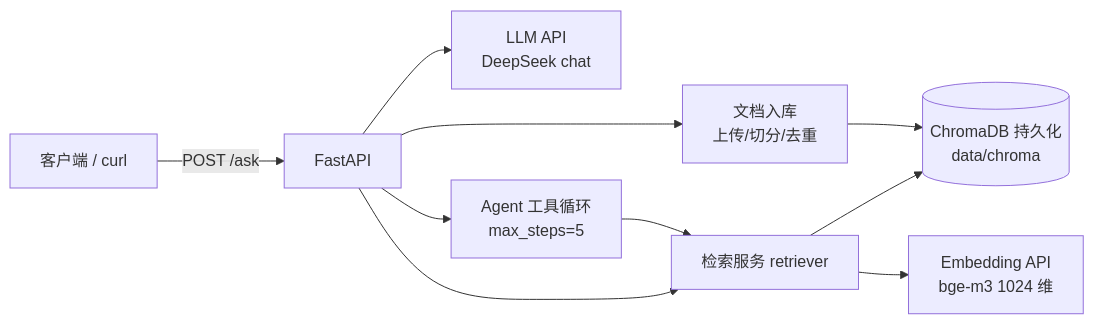
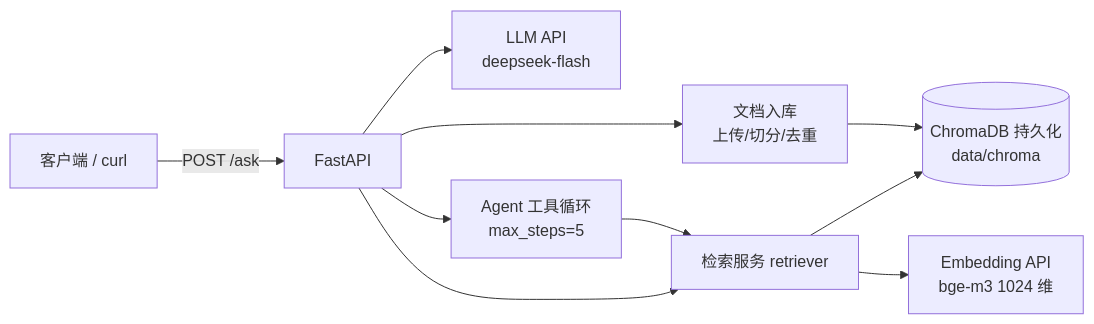
The diagram in README.md (2961768276/ai-dev-learning), drawn with Mermaid before and after one commit. The commit also changed other lines of this file and 9 other files, not shown here.

First line of the commit message:
chore: md 与注释统一为 deepseek-flash，删除 archive/ 归档目录

````diff
--- a/README.md
+++ b/README.md
@@ -17,12 +17,12 @@
 ```mermaid
 flowchart LR
     U[客户端 / curl] -->|POST /ask| A[FastAPI]
     A --> R[检索服务 retriever]
     R --> C[(ChromaDB 持久化<br/>data/chroma)]
     R --> E[Embedding API<br/>bge-m3 1024 维]
-    A --> L[LLM API<br/>DeepSeek chat]
+    A --> L[LLM API<br/>deepseek-flash]
     A --> G[Agent 工具循环<br/>max_steps=5]
     G --> R
     A --> D[文档入库<br/>上传/切分/去重]
     D --> C
 ```
````
